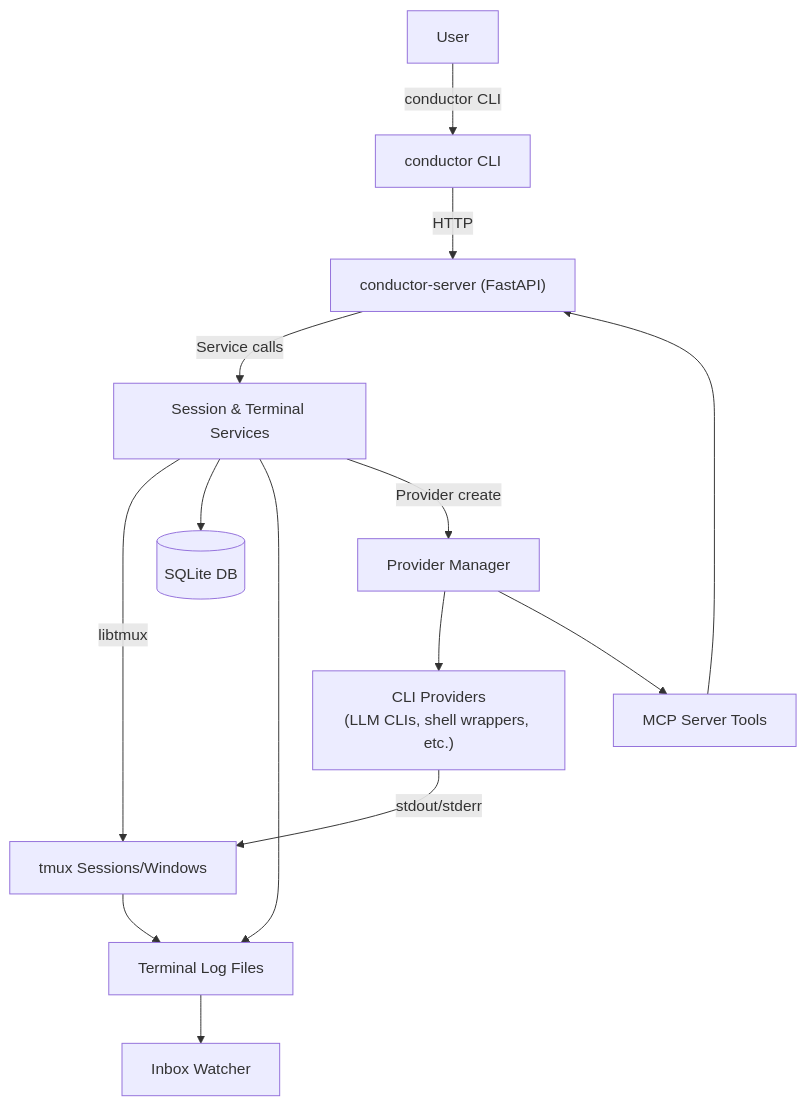
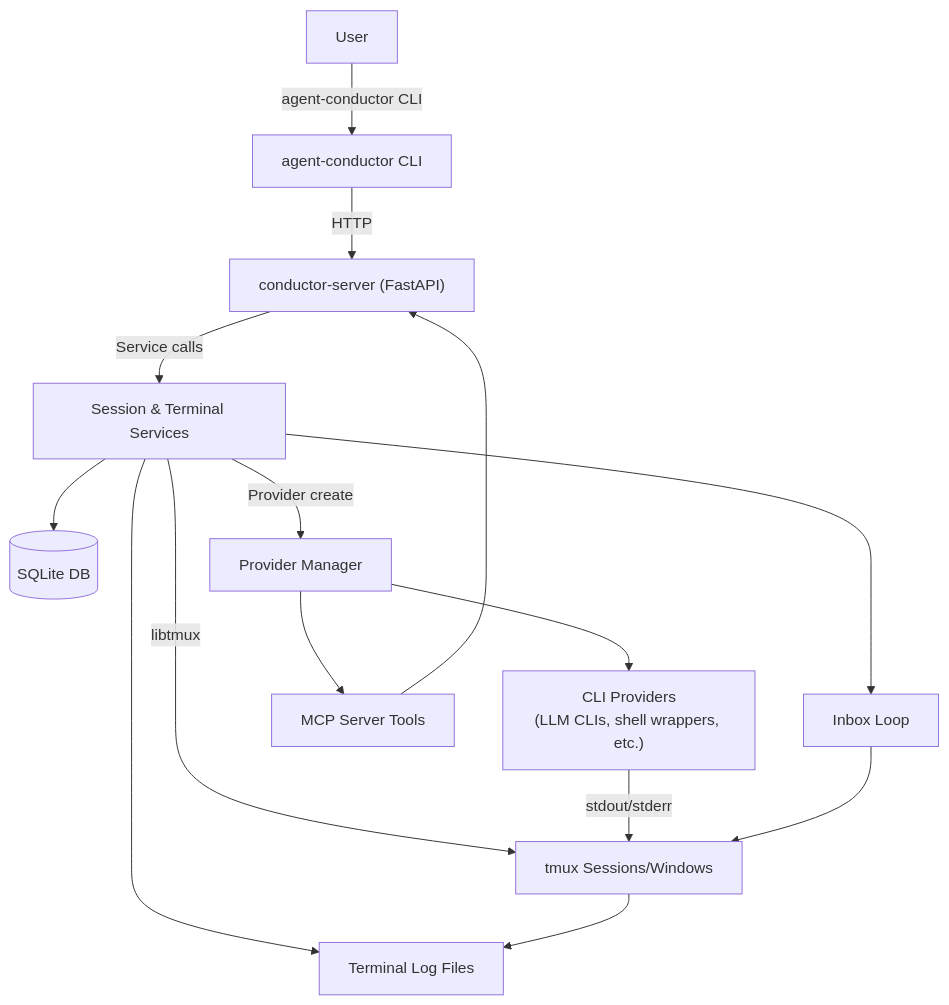
One commit to gaurav-yadav/agent-conductor changed the second of 7 diagrams in docs/architecture-overview.md. Above: the diagram before and after it, drawn with Mermaid. The commit also changed other lines of this file and 15 other files, not shown here.

````diff
--- a/docs/architecture-overview.md
+++ b/docs/architecture-overview.md
@@ -118,16 +116,17 @@
 ```mermaid
 graph TD
-    U["User"] -->|conductor CLI| CLI["conductor CLI"]
+    U["User"] -->|agent-conductor CLI| CLI["agent-conductor CLI"]
     CLI -->|HTTP| API["conductor-server (FastAPI)"]
     API -->|Service calls| Services["Session & Terminal Services"]
     Services -->|libtmux| Tmux["tmux Sessions/Windows"]
     Services --> DB[(SQLite DB)]
     Services --> Logs["Terminal Log Files"]
     Services -->|Provider create| Providers["Provider Manager"]
     Providers --> GenericCLI["CLI Providers<br/>(LLM CLIs, shell wrappers, etc.)"]
     GenericCLI -->|stdout/stderr| Tmux
     Tmux --> Logs
-    Logs --> Inbox["Inbox Watcher"]
+    Services --> InboxLoop["Inbox Loop"]
+    InboxLoop --> Tmux
     Providers --> MCP["MCP Server Tools"]
     MCP --> API
 ```
````
